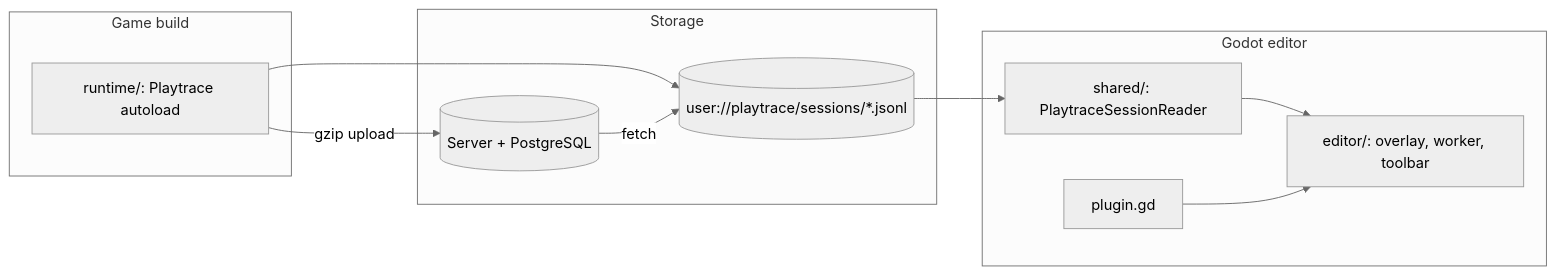
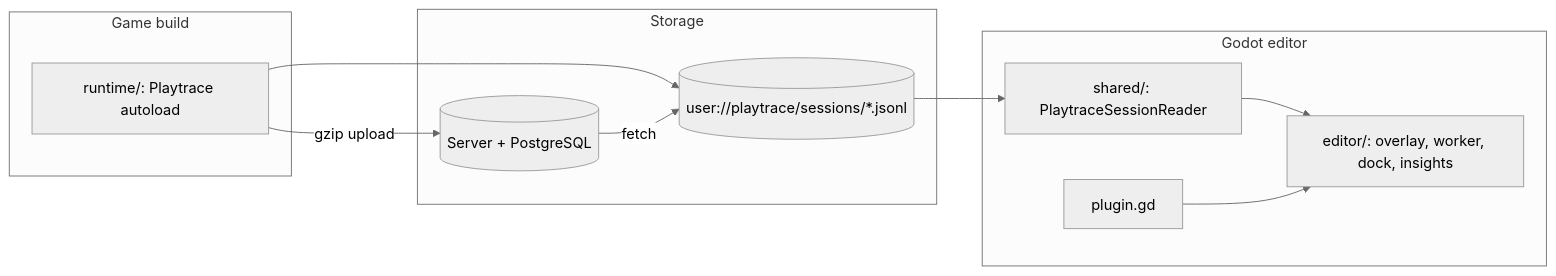
The first of 2 diagrams in docs/ARCHITECTURE.md (droidek314/playtrace), drawn with Mermaid (neutral theme) before and after one commit. The commit also changed other lines of this file and 2 other files, not shown here.

First line of the commit message:
Docs for M4: USER_GUIDE, hotspot ranking and clustering, editor architecture

````diff
--- a/docs/ARCHITECTURE.md
+++ b/docs/ARCHITECTURE.md
@@ -5,21 +5,21 @@
 ```mermaid
 flowchart LR
   subgraph Game build
     R[runtime/: Playtrace autoload]
   end
   subgraph Storage
     F[(user://playtrace/sessions/*.jsonl)]
     S[(Server + PostgreSQL)]
   end
   subgraph Godot editor
     SR[shared/: PlaytraceSessionReader]
-    E[editor/: overlay, worker, toolbar]
+    E[editor/: overlay, worker, dock, insights]
     P[plugin.gd]
   end
   R --> F
   R -->|gzip upload| S
   F --> SR
   S -->|fetch| F
   SR --> E
   P --> E
 ```
````
